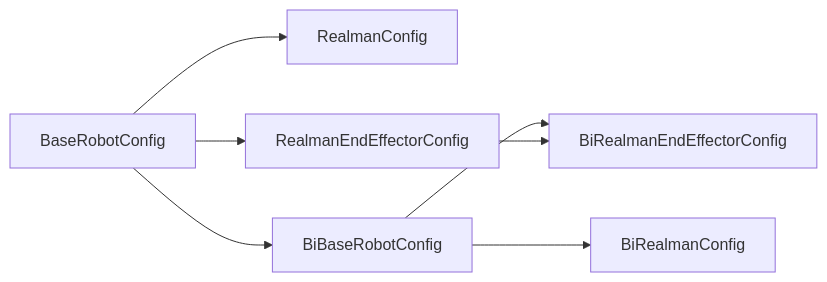
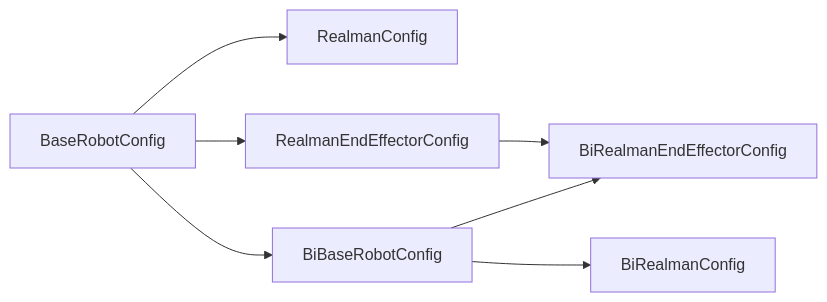
The third of 5 diagrams in README.md (FlagOpen/RoboCOIN), drawn with Mermaid before and after one commit. The commit also changed other lines of this file and 1 other file, not shown here.

Commit message:
Update README files to add new features and improve clarity

````diff
--- a/README.md
+++ b/README.md
@@ -345,9 +347,9 @@
 ```mermaid
 graph LR
     A[BaseRobotConfig] --> B[RealmanConfig]
     A --> C[RealmanEndEffectorConfig]
-    D[BiBaseRobotConfig] --> E[BiRealmanConfig]
-    D --> F[BiRealmanEndEffectorConfig]
-    C --> F
-    A --> D
+    A --> D[BiBaseRobotConfig]
+    D --> E[BiRealmanConfig]
+    C --> F[BiRealmanEndEffectorConfig]
+    D --> F
 ```
````
